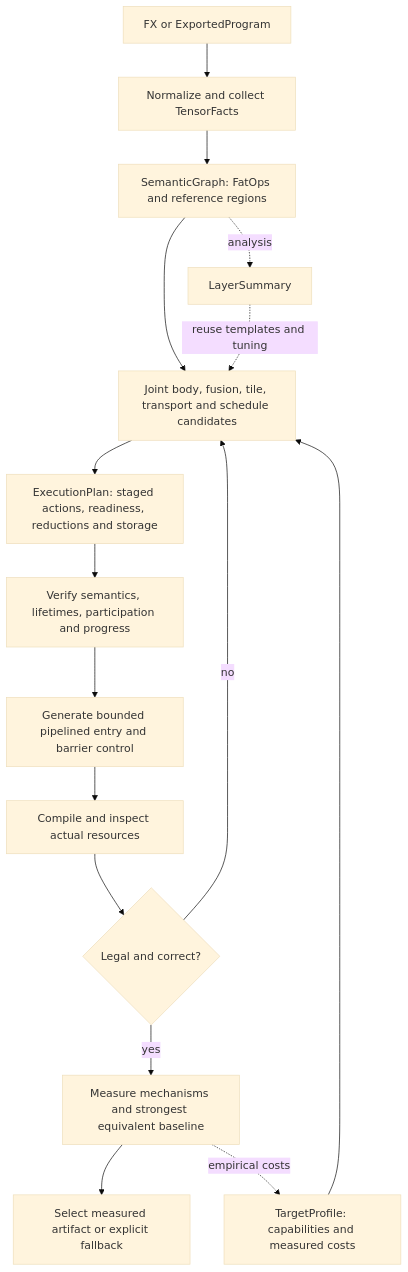
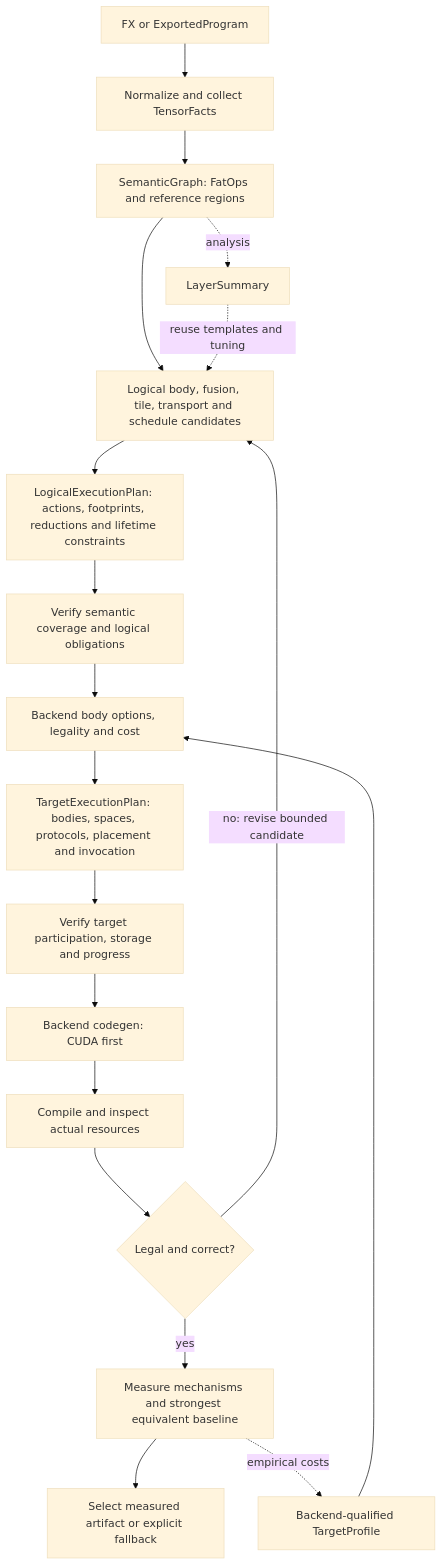
One commit to megabake/megabake changed the first of 7 diagrams in MEGABAKE_V3_DATAFLOW_DIAGRAM.md. Above: the diagram before and after it, drawn with Mermaid (base theme). The commit also changed other lines of this file and 9 other files, not shown here.

````diff
--- a/MEGABAKE_V3_DATAFLOW_DIAGRAM.md
+++ b/MEGABAKE_V3_DATAFLOW_DIAGRAM.md
@@ -8,18 +9,21 @@
 ```mermaid
 flowchart TD
     A[FX or ExportedProgram] --> B[Normalize and collect TensorFacts]
     B --> C[SemanticGraph: FatOps and reference regions]
-    C --> D[Joint body, fusion, tile, transport and schedule candidates]
-    T[TargetProfile: capabilities and measured costs] --> D
+    C --> D[Logical body, fusion, tile, transport and schedule candidates]
     C -. analysis .-> L[LayerSummary]
     L -. reuse templates and tuning .-> D
-    D --> E[ExecutionPlan: staged actions, readiness, reductions and storage]
-    E --> V[Verify semantics, lifetimes, participation and progress]
-    V --> F[Generate bounded pipelined entry and barrier control]
+    D --> E[LogicalExecutionPlan: actions, footprints, reductions and lifetime constraints]
+    E --> V[Verify semantic coverage and logical obligations]
+    T[Backend-qualified TargetProfile] --> Q[Backend body options, legality and cost]
+    V --> Q
+    Q --> P[TargetExecutionPlan: bodies, spaces, protocols, placement and invocation]
+    P --> W[Verify target participation, storage and progress]
+    W --> F[Backend codegen: CUDA first]
     F --> G[Compile and inspect actual resources]
     G --> H{Legal and correct?}
-    H -->|no| D
+    H -->|no: revise bounded candidate| D
     H -->|yes| I[Measure mechanisms and strongest equivalent baseline]
     I --> J[Select measured artifact or explicit fallback]
     I -. empirical costs .-> T
 ```
````
